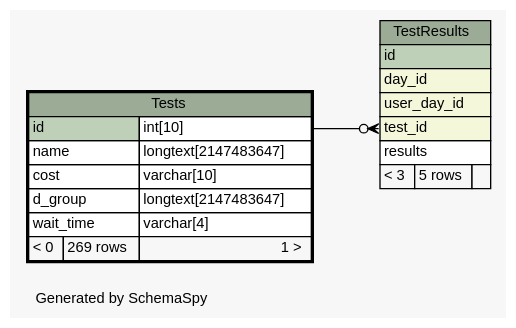
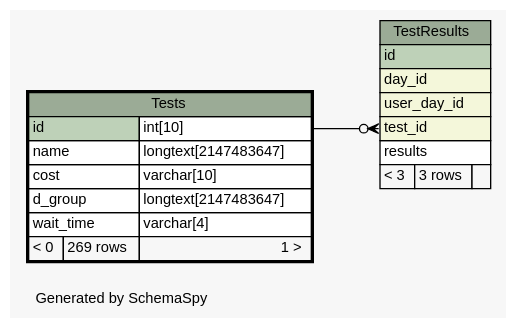
The diagram in web/files/schema/diagrams/Tests.1degree.dot (carrel2/CaseStudies), drawn with Graphviz before and after one commit. The commit also changed 170 other files, not shown here.

```diff
--- a/web/files/schema/diagrams/Tests.1degree.dot
+++ b/web/files/schema/diagrams/Tests.1degree.dot
@@ -1,51 +1,51 @@
 // dot 2.38.0 on Linux 4.4.0-77-generic
 // SchemaSpy rev 590
 digraph "oneDegreeRelationshipsDiagram" {
   graph [
     rankdir="RL"
     bgcolor="#f7f7f7"
     label="\nGenerated by SchemaSpy"
     labeljust="l"
     nodesep="0.18"
     ranksep="0.46"
     fontname="Helvetica"
     fontsize="11"
   ];
   node [
     fontname="Helvetica"
     fontsize="11"
     shape="plaintext"
   ];
   edge [
     arrowsize="0.8"
   ];
   "TestResults":"test_id":w -> "Tests":"id.type":e [arrowhead=none dir=back arrowtail=crowodot];
   "TestResults" [
     label=<
     <TABLE BORDER="0" CELLBORDER="1" CELLSPACING="0" BGCOLOR="#ffffff">
       <TR><TD COLSPAN="3" BGCOLOR="#9bab96" ALIGN="CENTER">TestResults</TD></TR>
       <TR><TD PORT="id" COLSPAN="3" BGCOLOR="#bed1b8" ALIGN="LEFT">id</TD></TR>
       <TR><TD PORT="day_id" COLSPAN="3" BGCOLOR="#f4f7da" ALIGN="LEFT">day_id</TD></TR>
       <TR><TD PORT="user_day_id" COLSPAN="3" BGCOLOR="#f4f7da" ALIGN="LEFT">user_day_id</TD></TR>
       <TR><TD PORT="test_id" COLSPAN="3" BGCOLOR="#f4f7da" ALIGN="LEFT">test_id</TD></TR>
       <TR><TD PORT="results" COLSPAN="3" ALIGN="LEFT">results</TD></TR>
-      <TR><TD ALIGN="LEFT" BGCOLOR="#f7f7f7">&lt; 3</TD><TD ALIGN="RIGHT" BGCOLOR="#f7f7f7">5 rows</TD><TD ALIGN="RIGHT" BGCOLOR="#f7f7f7">  </TD></TR>
+      <TR><TD ALIGN="LEFT" BGCOLOR="#f7f7f7">&lt; 3</TD><TD ALIGN="RIGHT" BGCOLOR="#f7f7f7">3 rows</TD><TD ALIGN="RIGHT" BGCOLOR="#f7f7f7">  </TD></TR>
     </TABLE>>
     URL="TestResults.html"
     tooltip="TestResults"
   ];
   "Tests" [
     label=<
     <TABLE BORDER="2" CELLBORDER="1" CELLSPACING="0" BGCOLOR="#ffffff">
       <TR><TD COLSPAN="3" BGCOLOR="#9bab96" ALIGN="CENTER">Tests</TD></TR>
       <TR><TD PORT="id" COLSPAN="2" BGCOLOR="#bed1b8" ALIGN="LEFT">id</TD><TD PORT="id.type" ALIGN="LEFT">int[10]</TD></TR>
       <TR><TD PORT="name" COLSPAN="2" ALIGN="LEFT">name</TD><TD PORT="name.type" ALIGN="LEFT">longtext[2147483647]</TD></TR>
       <TR><TD PORT="cost" COLSPAN="2" ALIGN="LEFT">cost</TD><TD PORT="cost.type" ALIGN="LEFT">varchar[10]</TD></TR>
       <TR><TD PORT="d_group" COLSPAN="2" ALIGN="LEFT">d_group</TD><TD PORT="d_group.type" ALIGN="LEFT">longtext[2147483647]</TD></TR>
       <TR><TD PORT="wait_time" COLSPAN="2" ALIGN="LEFT">wait_time</TD><TD PORT="wait_time.type" ALIGN="LEFT">varchar[4]</TD></TR>
       <TR><TD ALIGN="LEFT" BGCOLOR="#f7f7f7">&lt; 0</TD><TD ALIGN="RIGHT" BGCOLOR="#f7f7f7">269 rows</TD><TD ALIGN="RIGHT" BGCOLOR="#f7f7f7">1 &gt;</TD></TR>
     </TABLE>>
     URL="Tests.html"
     tooltip="Tests"
   ];
 }
```
